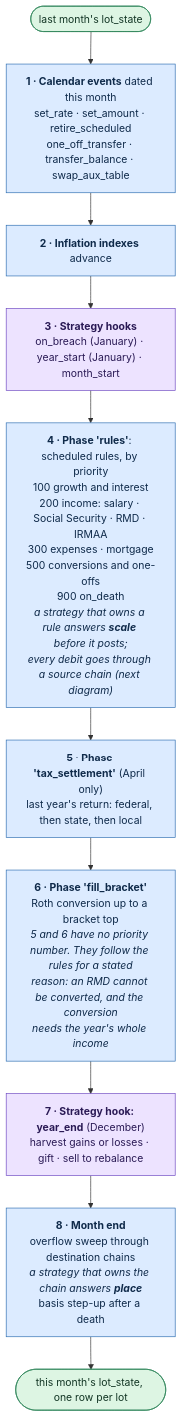
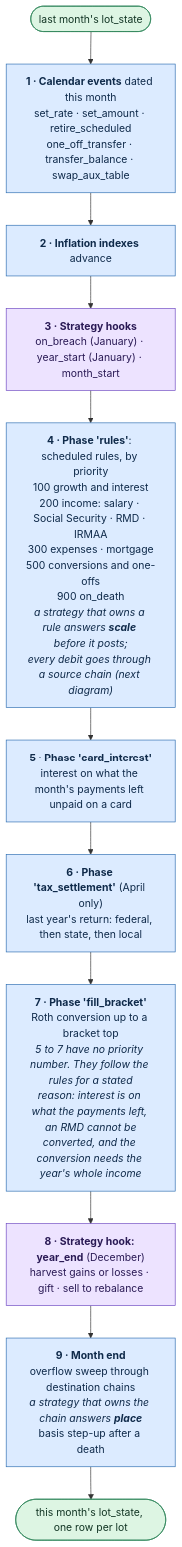
Before and after one commit to BobKerns/analysis: the fifth of 13 diagrams in docs/architecture/README.md, drawn with Mermaid. The commit also changed other lines of this file and 18 other files, not shown here.

````diff
--- a/docs/architecture/README.md
+++ b/docs/architecture/README.md
@@ -319,25 +319,26 @@
 ```mermaid
 flowchart TB
   s0(["last month's lot_state"])
   c1["<b>1 · Calendar events</b> dated this month<br/>set_rate · set_amount · retire_scheduled<br/>one_off_transfer · transfer_balance · swap_aux_table"]
   c2["<b>2 · Inflation indexes</b> advance"]
   c3["<b>3 · Strategy hooks</b><br/>on_breach (January) · year_start (January) · month_start"]
   p1["<b>4 · Phase 'rules'</b>: scheduled rules, by priority<br/>100 growth and interest<br/>200 income: salary · Social Security · RMD · IRMAA<br/>300 expenses · mortgage<br/>500 conversions and one-offs<br/>900 on_death<br/><i>a strategy that owns a rule answers <b>scale</b> before it posts;<br/>every debit goes through a source chain (next diagram)</i>"]
-  p2["<b>5 · Phase 'tax_settlement'</b> (April only)<br/>last year's return: federal, then state, then local"]
-  p3["<b>6 · Phase 'fill_bracket'</b><br/>Roth conversion up to a bracket top<br/><i>5 and 6 have no priority number. They follow the rules for a stated<br/>reason: an RMD cannot be converted, and the conversion<br/>needs the year's whole income</i>"]
-  ye["<b>7 · Strategy hook: year_end</b> (December)<br/>harvest gains or losses · gift · sell to rebalance"]
-  me["<b>8 · Month end</b><br/>overflow sweep through destination chains<br/><i>a strategy that owns the chain answers <b>place</b></i><br/>basis step-up after a death"]
+  pc["<b>5 · Phase 'card_interest'</b><br/>interest on what the month's payments left unpaid on a card"]
+  p2["<b>6 · Phase 'tax_settlement'</b> (April only)<br/>last year's return: federal, then state, then local"]
+  p3["<b>7 · Phase 'fill_bracket'</b><br/>Roth conversion up to a bracket top<br/><i>5 to 7 have no priority number. They follow the rules for a stated<br/>reason: interest is on what the payments left, an RMD cannot be<br/>converted, and the conversion needs the year's whole income</i>"]
+  ye["<b>8 · Strategy hook: year_end</b> (December)<br/>harvest gains or losses · gift · sell to rebalance"]
+  me["<b>9 · Month end</b><br/>overflow sweep through destination chains<br/><i>a strategy that owns the chain answers <b>place</b></i><br/>basis step-up after a death"]
   s1(["this month's lot_state, one row per lot"])
 
-  s0 --> c1 --> c2 --> c3 --> p1 --> p2 --> p3 --> ye --> me --> s1
+  s0 --> c1 --> c2 --> c3 --> p1 --> pc --> p2 --> p3 --> ye --> me --> s1
 
-  class c1,c2,p1,p2,p3,me proc
+  class c1,c2,p1,pc,p2,p3,me proc
   class c3,ye code
   class s0,s1 store
   classDef input fill:#FFF4D6,stroke:#B8860B,color:#3b2f00
   classDef code fill:#EDE3FF,stroke:#6B46C1,color:#2a1a55
   classDef proc fill:#DCEBFF,stroke:#2B6CB0,color:#0f2a4a
   classDef store fill:#DDF5E3,stroke:#2F855A,color:#123524
   classDef out fill:#F1F3F5,stroke:#5F6B7A,color:#1f2933
   classDef note fill:#ffffff,stroke:#9aa5b1,color:#3e4c59,stroke-dasharray:4 3
 ```
````
